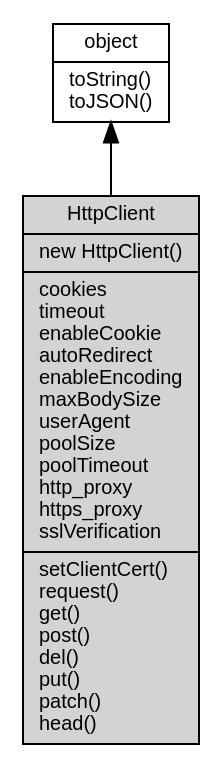
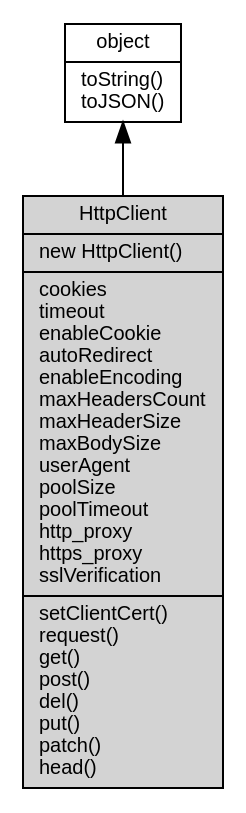
Before and after one commit to fibjs/fibjs.org: the diagram in docs/manual/object/ifs/HttpClient.md, drawn with Graphviz. The commit also changed other lines of this file and 13 other files, not shown here.

````diff
--- a/docs/manual/object/ifs/HttpClient.md
+++ b/docs/manual/object/ifs/HttpClient.md
@@ -45,10 +45,10 @@
 ```dot
 digraph {
     node [fontname="Helvetica,sans-Serif", fontsize=10, shape="record", style="filled", fillcolor="white"];
 
     object [tooltip="object", URL="object.md", label="{object|toString()\ltoJSON()\l}"];
-    HttpClient [tooltip="HttpClient", fillcolor="lightgray", id="me", label="{HttpClient|new HttpClient()\l|cookies\ltimeout\lenableCookie\lautoRedirect\lenableEncoding\lmaxBodySize\luserAgent\lpoolSize\lpoolTimeout\lhttp_proxy\lhttps_proxy\lsslVerification\l|setClientCert()\lrequest()\lget()\lpost()\ldel()\lput()\lpatch()\lhead()\l}"];
+    HttpClient [tooltip="HttpClient", fillcolor="lightgray", id="me", label="{HttpClient|new HttpClient()\l|cookies\ltimeout\lenableCookie\lautoRedirect\lenableEncoding\lmaxHeadersCount\lmaxHeaderSize\lmaxBodySize\luserAgent\lpoolSize\lpoolTimeout\lhttp_proxy\lhttps_proxy\lsslVerification\l|setClientCert()\lrequest()\lget()\lpost()\ldel()\lput()\lpatch()\lhead()\l}"];
 
     object -> HttpClient [dir=back];
 }
 ```
````
